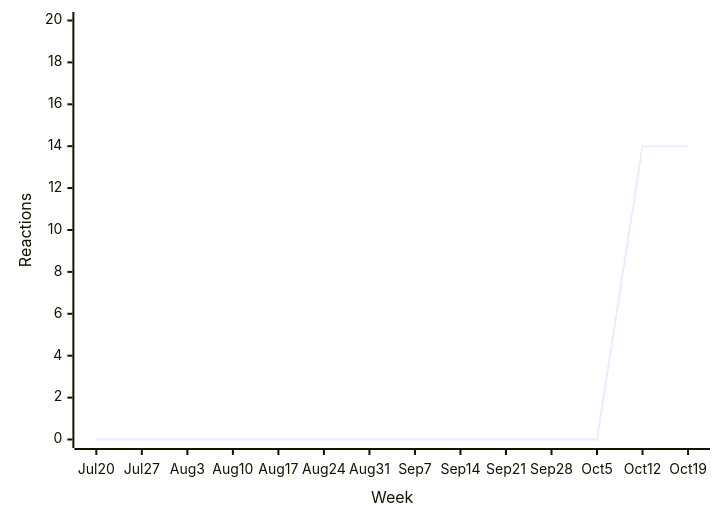
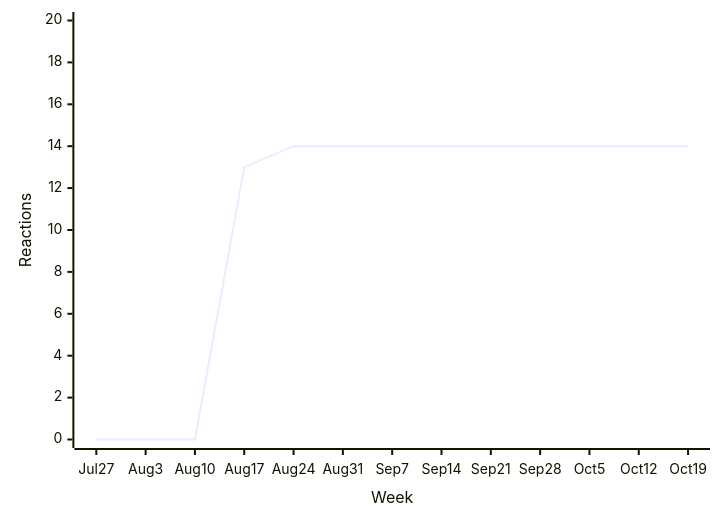
Before and after one commit to loic-sharma/github-insights: diagram 11 of 39 in README.md, drawn with Mermaid. The commit also changed other lines of this file and 3 other files, not shown here.

````diff
--- a/README.md
+++ b/README.md
@@ -511,6 +494,6 @@
   ```mermaid
   xychart-beta
-    x-axis "Week" [Jul 20, Jul 27, Aug 3, Aug 10, Aug 17, Aug 24, Aug 31, Sep 7, Sep 14, Sep 21, Sep 28, Oct 5, Oct 12, Oct 19]
+    x-axis "Week" [Jul 27, Aug 3, Aug 10, Aug 17, Aug 24, Aug 31, Sep 7, Sep 14, Sep 21, Sep 28, Oct 5, Oct 12, Oct 19]
     y-axis "Reactions" 0 --> 20
-    line [0, 0, 0, 0, 0, 0, 0, 0, 0, 0, 0, 0, 14, 14]
+    line [0, 0, 0, 13, 14, 14, 14, 14, 14, 14, 14, 14, 14]
   ```
````
